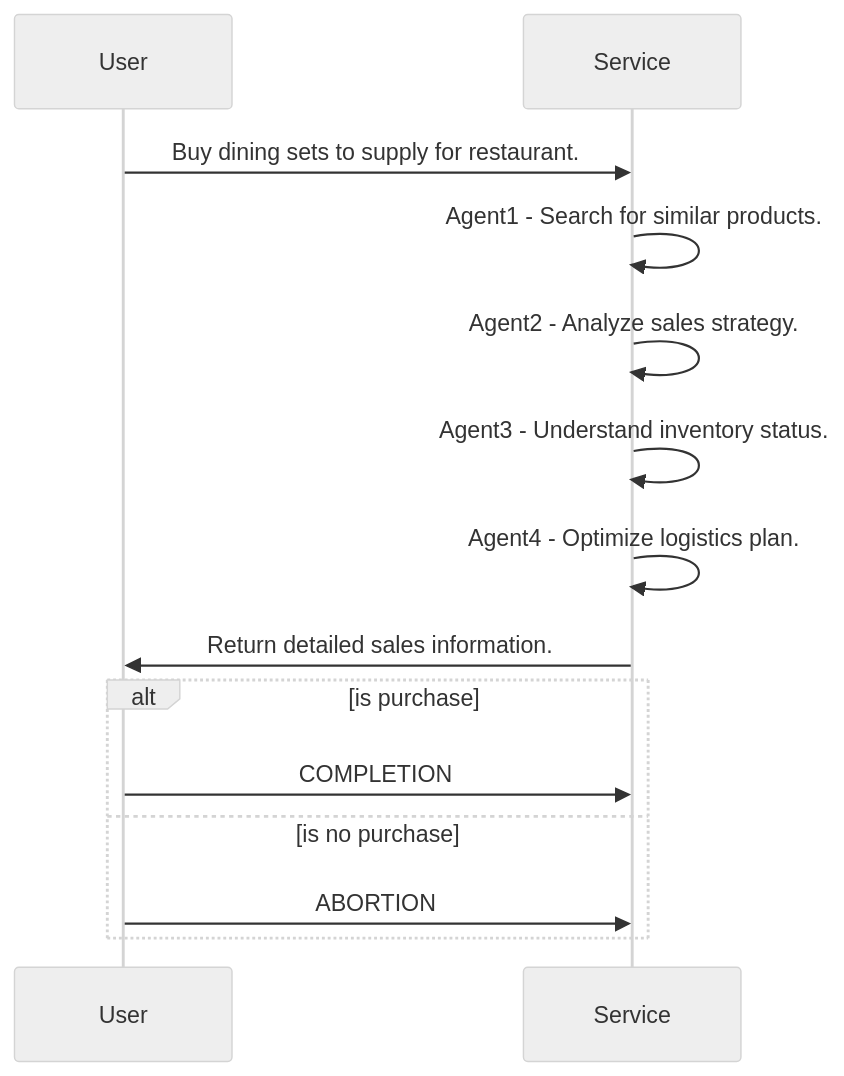
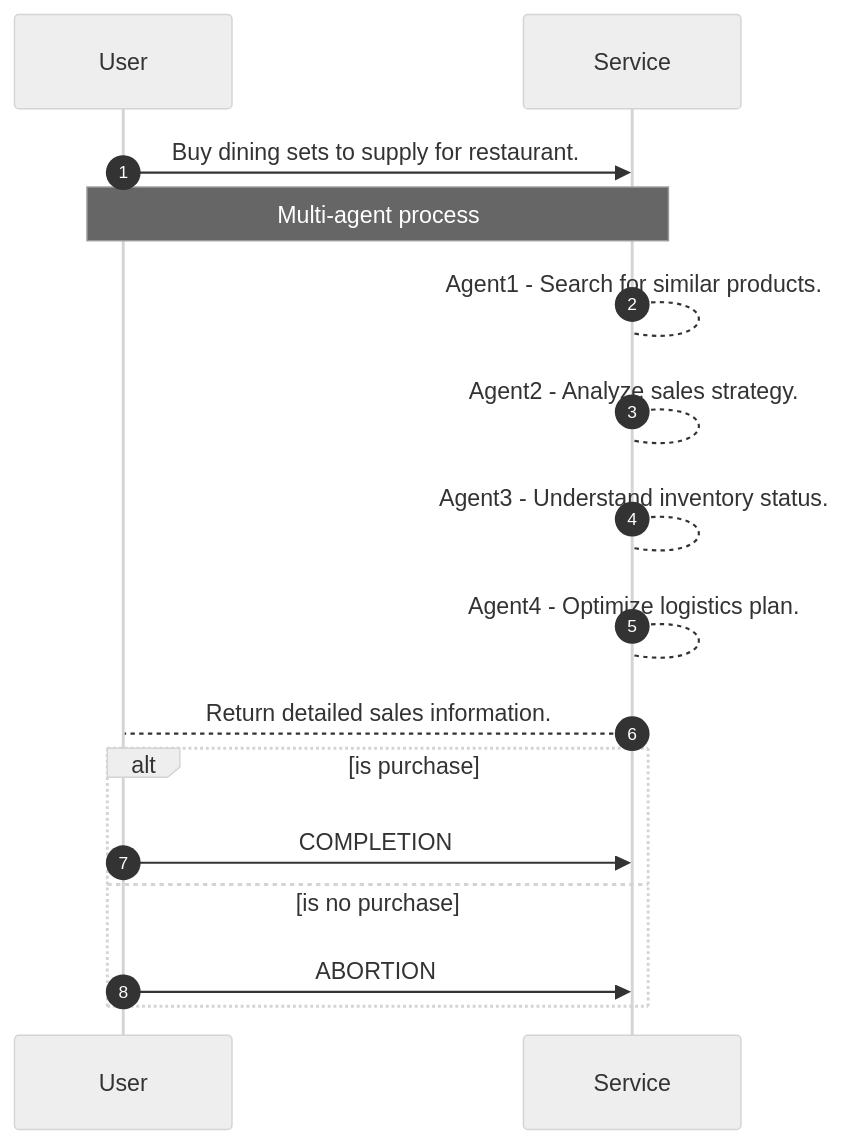
Before and after one commit to yueguoguo/yueguoguo.github.io: the fourth of 4 diagrams in _posts/2024-11-31-service-as-a-software.md, drawn with Mermaid (neutral theme). The commit also changed other lines of this file, not shown here.

Commit message:
update diagram

```diff
--- a/_posts/2024-11-31-service-as-a-software.md
+++ b/_posts/2024-11-31-service-as-a-software.md
@@ -280,14 +281,16 @@
 <div class="mermaid">
 sequenceDiagram
+    autonumber
     User->>Service: Buy dining sets to supply for restaurant.
-    Service->>Service: Agent1 - Search for similar products.
-    Service->>Service: Agent2 - Analyze sales strategy.
-    Service->>Service: Agent3 - Understand inventory status.
-    Service->>Service: Agent4 - Optimize logistics plan.
-    Service->>User: Return detailed sales information.
+    Note over User,Service: Multi-agent process
+    Service-->Service: Agent1 - Search for similar products.
+    Service-->Service: Agent2 - Analyze sales strategy.
+    Service-->Service: Agent3 - Understand inventory status.
+    Service-->Service: Agent4 - Optimize logistics plan.
+    Service-->User: Return detailed sales information.
     alt is purchase
         User->>Service: COMPLETION
     else is no purchase
         User->>Service: ABORTION
     end
 </div>
```
